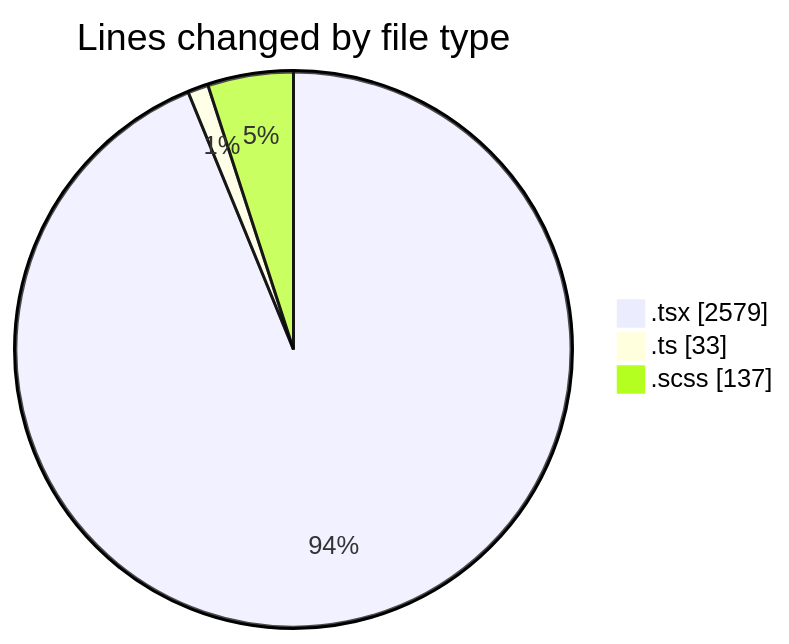
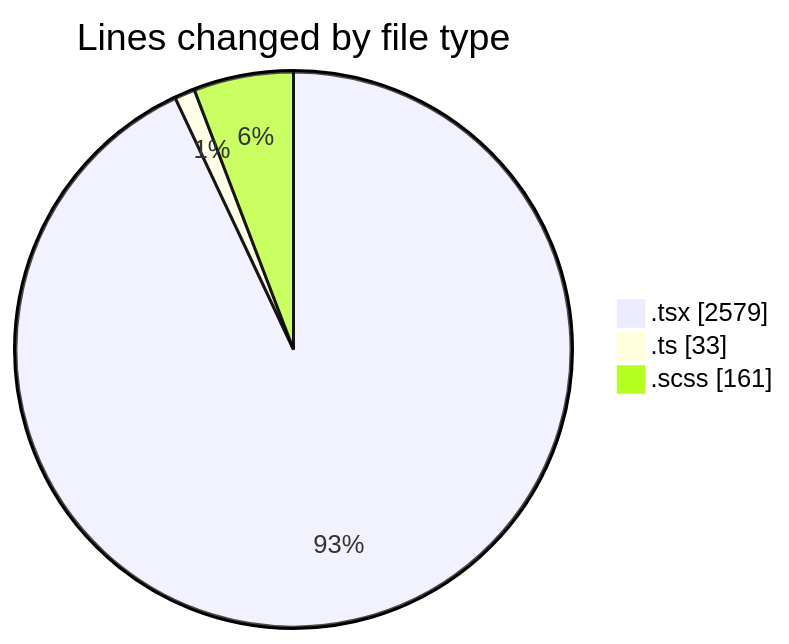
One commit to momahboobian/code-tracking changed the first of 2 diagrams in 2025-02-12/cda/README.md. Above: the diagram before and after it, drawn with Mermaid. The commit also changed other lines of this file and 1 other file, not shown here.

````diff
--- a/2025-02-12/cda/README.md
+++ b/2025-02-12/cda/README.md
@@ -27,7 +27,7 @@
 ```mermaid
 pie showData
 title Lines changed by file type
 ".tsx" : 2579
 ".ts" : 33
-".scss" : 137
+".scss" : 161
 ```
````
